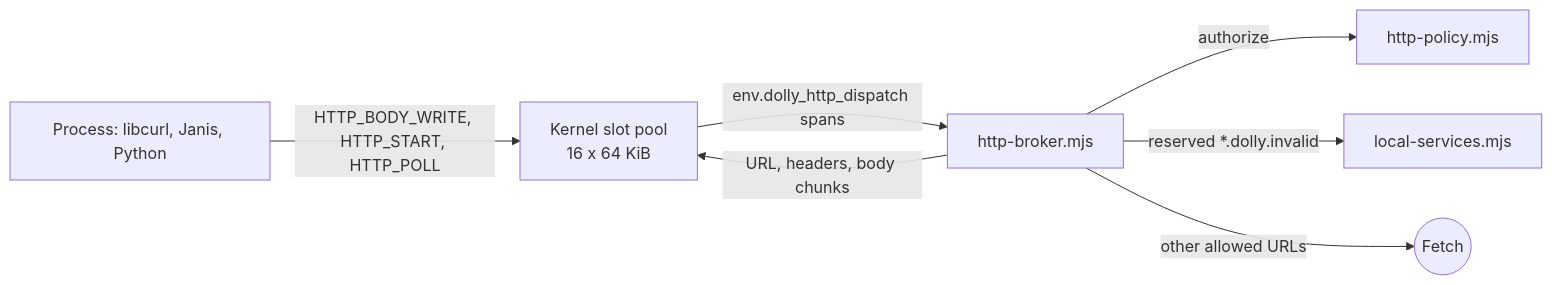
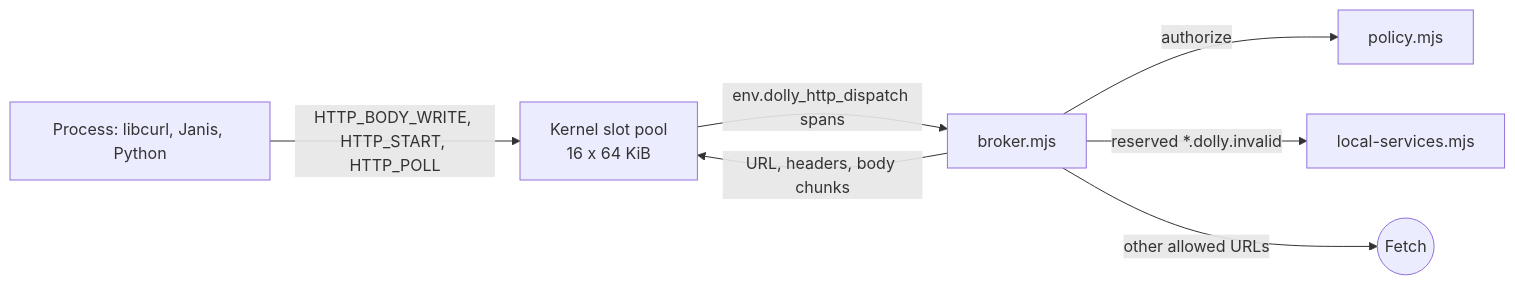
Before and after one commit to daugasauron/dolly: the diagram in docs/http.md, drawn with Mermaid. The commit also changed 1 other file, not shown here.

Commit message:
Correct what system adds and the HTTP diagram's file names
README said system adds HTTP and file transfer to system-tools, which
already has curl, download and upload; system adds snapshot@0 and
session-recover. docs/http.md named the broker and policy files by their
names before they moved to host/http/.

````diff
--- a/docs/http.md
+++ b/docs/http.md
@@ -8,9 +8,9 @@
 ```mermaid
 flowchart LR
   prog["Process: libcurl, Janis, Python"] -- "HTTP_BODY_WRITE, HTTP_START, HTTP_POLL" --> kernel["Kernel slot pool<br/>16 x 64 KiB"]
-  kernel -- "env.dolly_http_dispatch spans" --> broker["http-broker.mjs"]
-  broker -- "authorize" --> policy["http-policy.mjs"]
+  kernel -- "env.dolly_http_dispatch spans" --> broker["broker.mjs"]
+  broker -- "authorize" --> policy["policy.mjs"]
   broker -- "reserved *.dolly.invalid" --> local["local-services.mjs"]
   broker -- "other allowed URLs" --> fetch(("Fetch"))
   broker -- "URL, headers, body chunks" --> kernel
 ```
````
